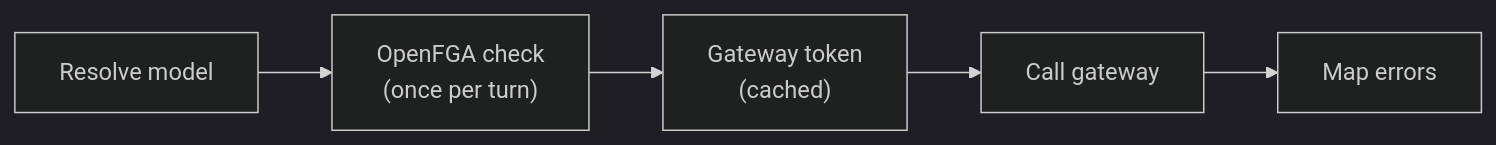
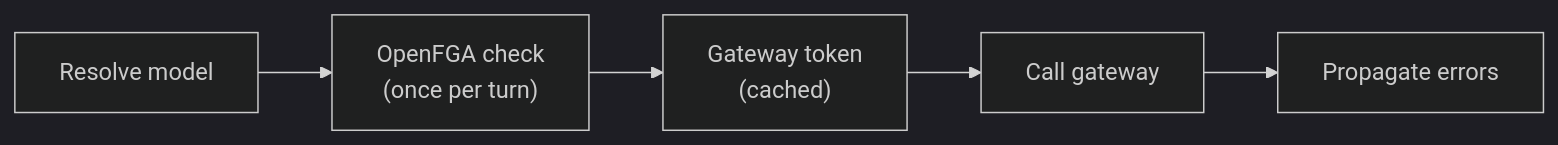
One commit to caipe-io/ai-platform-engineering changed the fifth of 5 diagrams in docs/docs/specs/2026-10-10-byo-llm-gateway-budgets-quotas/spec.md. Above: the diagram before and after it, drawn with Mermaid (dark theme). The commit also changed other lines of this file and 9 other files, not shown here.

````diff
--- a/docs/docs/specs/2026-10-10-byo-llm-gateway-budgets-quotas/spec.md
+++ b/docs/docs/specs/2026-10-10-byo-llm-gateway-budgets-quotas/spec.md
@@ -159,4 +161,4 @@
 ```mermaid
 flowchart LR
-  a["Resolve model"] --> b["OpenFGA check<br/>(once per turn)"] --> c["Gateway token<br/>(cached)"] --> d["Call gateway"] --> e["Map errors"]
+  a["Resolve model"] --> b["OpenFGA check<br/>(once per turn)"] --> c["Gateway token<br/>(cached)"] --> d["Call gateway"] --> e["Propagate errors"]
 ```
````
